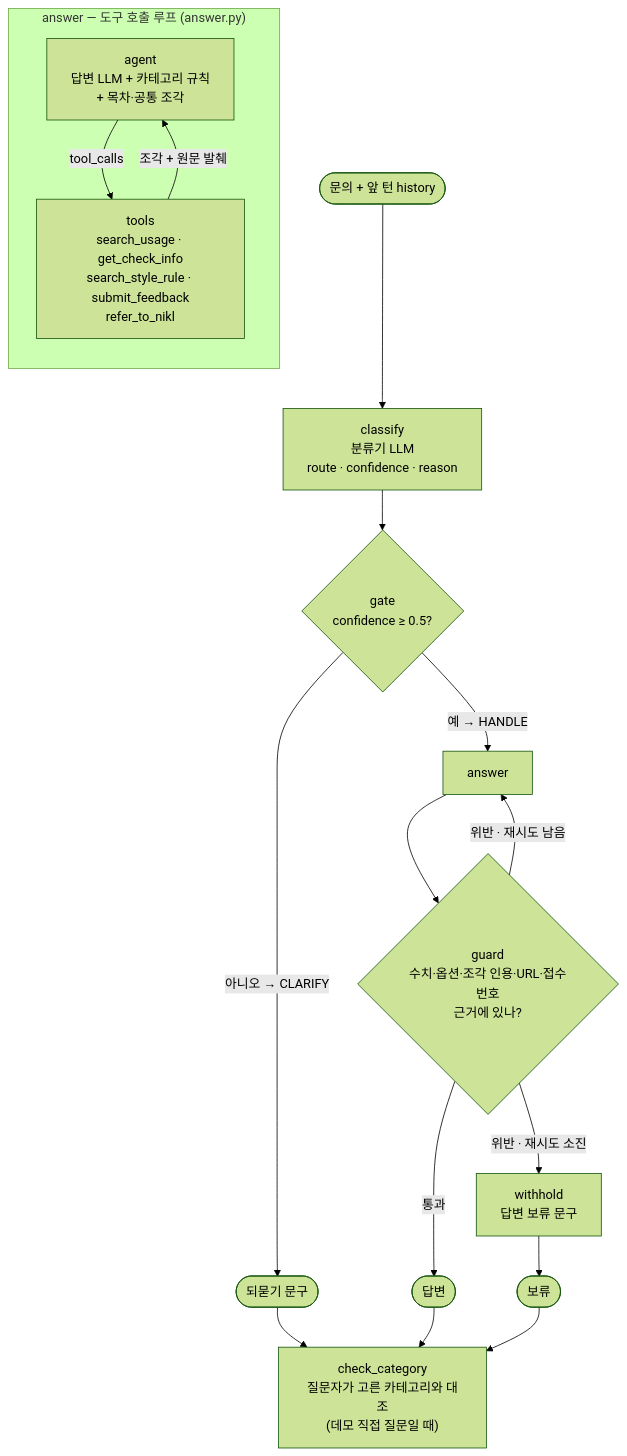
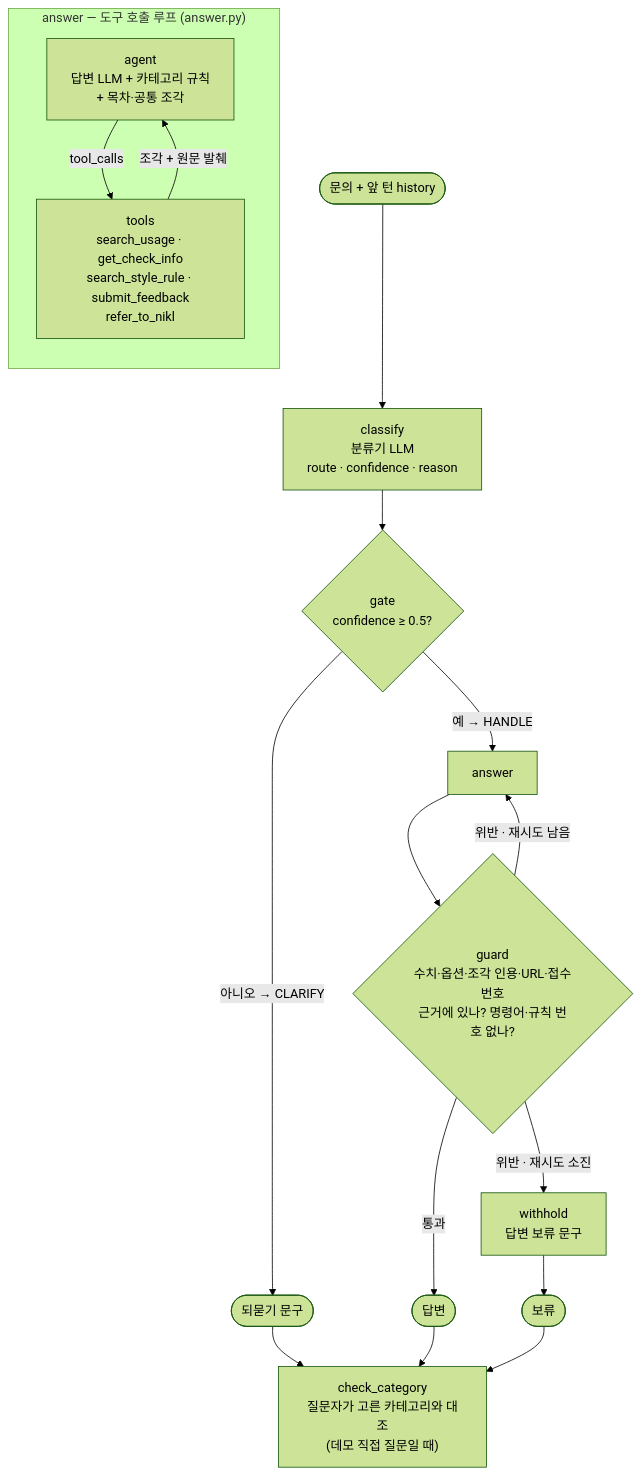
Before and after one commit to tigermorning/subtitle-help-agent: the diagram in REPORT.md, drawn with Mermaid (forest theme). The commit also changed other lines of this file and 17 other files, not shown here.

````diff
--- a/REPORT.md
+++ b/REPORT.md
@@ -232,19 +232,19 @@
 ```mermaid
 flowchart TD
     START([문의 + 앞 턴 history]) --> classify
     classify["classify<br/>분류기 LLM<br/>route · confidence · reason"] --> gate
     gate{"gate<br/>confidence ≥ 0.5?"}
     gate -- "아니오 → CLARIFY" --> END1([되묻기 문구])
     gate -- "예 → HANDLE" --> answer
     subgraph answer_loop["answer — 도구 호출 루프 (answer.py)"]
         direction TB
         agentNode["agent<br/>답변 LLM + 카테고리 규칙<br/>+ 목차·공통 조각"] -->|tool_calls| tools["tools<br/>search_usage · get_check_info<br/>search_style_rule · submit_feedback<br/>refer_to_nikl"]
         tools -->|"조각 + 원문 발췌"| agentNode
     end
     answer --> guard
-    guard{"guard<br/>수치·옵션·조각 인용·URL·접수번호<br/>근거에 있나?"}
+    guard{"guard<br/>수치·옵션·조각 인용·URL·접수번호<br/>근거에 있나? 명령어·규칙 번호 없나?"}
     guard -- 통과 --> END2([답변])
     guard -- "위반 · 재시도 남음" --> answer
     guard -- "위반 · 재시도 소진" --> withhold["withhold<br/>답변 보류 문구"] --> END3([보류])
     END1 & END2 & END3 --> cc["check_category<br/>질문자가 고른 카테고리와 대조<br/>(데모 직접 질문일 때)"]
 ```
````
